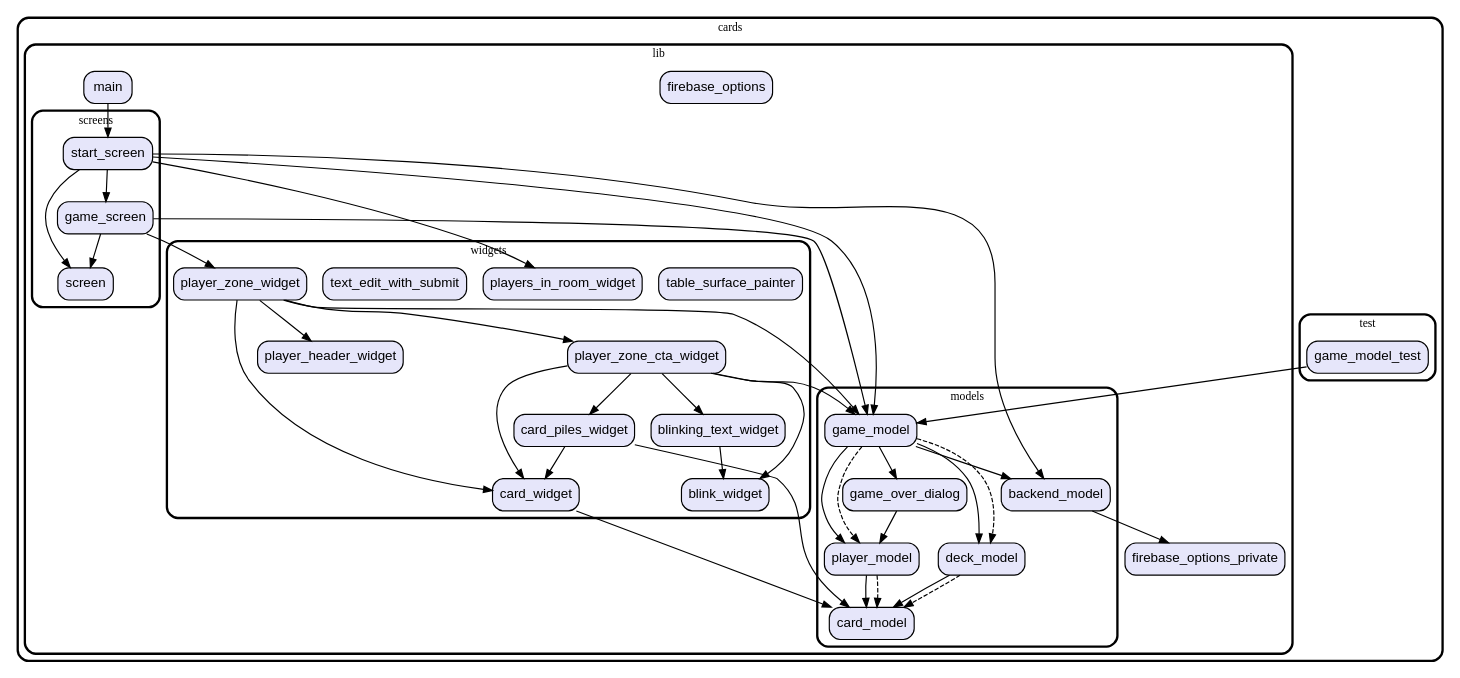
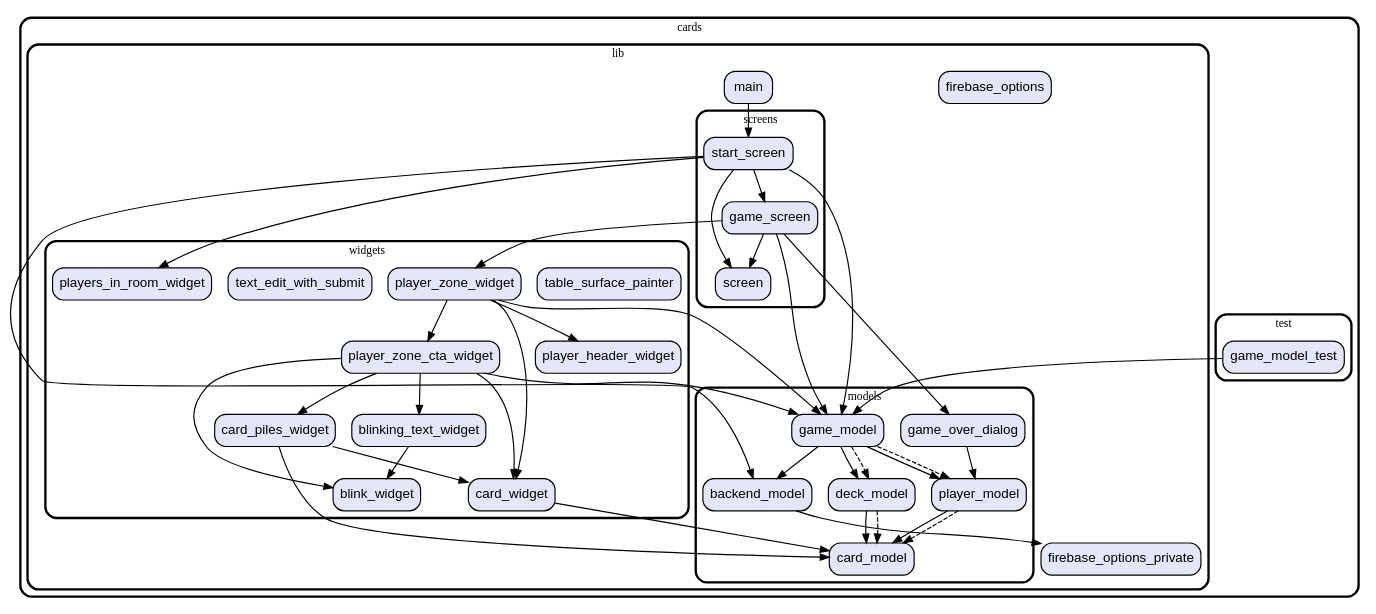
Before and after one commit to vteam-com/Cards: the diagram in graph.dot, drawn with Graphviz. The commit also changed 5 other files, not shown here.

```diff
--- a/graph.dot
+++ b/graph.dot
@@ -1,104 +1,104 @@
 digraph "" {
   graph [style=rounded fontname="Arial Black" fontsize=13 penwidth=2.6];
   node [shape=rect style="filled,rounded" fontname=Arial fontsize=15 fillcolor=Lavender penwidth=1.3];
   edge [penwidth=1.3];
   "/test/game_model_test.dart" [label="game_model_test"];
   "/lib/firebase_options_private.dart" [label="firebase_options_private"];
   "/lib/firebase_options.dart" [label="firebase_options"];
   "/lib/models/game_model.dart" [label="game_model"];
   "/lib/models/game_over_dialog.dart" [label="game_over_dialog"];
   "/lib/models/player_model.dart" [label="player_model"];
   "/lib/models/card_model.dart" [label="card_model"];
   "/lib/models/backend_model.dart" [label="backend_model"];
   "/lib/models/deck_model.dart" [label="deck_model"];
   "/lib/screens/game_screen.dart" [label="game_screen"];
   "/lib/screens/start_screen.dart" [label="start_screen"];
   "/lib/screens/screen.dart" [label="screen"];
   "/lib/main.dart" [label="main"];
   "/lib/widgets/player_zone_cta_widget.dart" [label="player_zone_cta_widget"];
   "/lib/widgets/table_surface_painter.dart" [label="table_surface_painter"];
   "/lib/widgets/card_widget.dart" [label="card_widget"];
   "/lib/widgets/player_header_widget.dart" [label="player_header_widget"];
   "/lib/widgets/players_in_room_widget.dart" [label="players_in_room_widget"];
   "/lib/widgets/text_edit_with_submit.dart" [label="text_edit_with_submit"];
   "/lib/widgets/player_zone_widget.dart" [label="player_zone_widget"];
   "/lib/widgets/card_piles_widget.dart" [label="card_piles_widget"];
   "/lib/widgets/blink_widget.dart" [label="blink_widget"];
   "/lib/widgets/blinking_text_widget.dart" [label="blinking_text_widget"];
   subgraph "cluster~" {
     label="cards";
     subgraph "cluster~/test" {
       label="test";
       "/test/game_model_test.dart";
     }
     subgraph "cluster~/lib" {
       label="lib";
       "/lib/firebase_options_private.dart";
       "/lib/firebase_options.dart";
       "/lib/main.dart";
       subgraph "cluster~/lib/models" {
         label="models";
         "/lib/models/game_model.dart";
         "/lib/models/game_over_dialog.dart";
         "/lib/models/player_model.dart";
         "/lib/models/card_model.dart";
         "/lib/models/backend_model.dart";
         "/lib/models/deck_model.dart";
       }
       subgraph "cluster~/lib/screens" {
         label="screens";
         "/lib/screens/game_screen.dart";
         "/lib/screens/start_screen.dart";
         "/lib/screens/screen.dart";
       }
       subgraph "cluster~/lib/widgets" {
         label="widgets";
         "/lib/widgets/player_zone_cta_widget.dart";
         "/lib/widgets/table_surface_painter.dart";
         "/lib/widgets/card_widget.dart";
         "/lib/widgets/player_header_widget.dart";
         "/lib/widgets/players_in_room_widget.dart";
         "/lib/widgets/text_edit_with_submit.dart";
         "/lib/widgets/player_zone_widget.dart";
         "/lib/widgets/card_piles_widget.dart";
         "/lib/widgets/blink_widget.dart";
         "/lib/widgets/blinking_text_widget.dart";
       }
     }
   }
   "/test/game_model_test.dart" -> "/lib/models/game_model.dart";
   "/lib/models/game_model.dart" -> "/lib/models/backend_model.dart";
   "/lib/models/game_model.dart" -> "/lib/models/deck_model.dart";
-  "/lib/models/game_model.dart" -> "/lib/models/game_over_dialog.dart";
   "/lib/models/game_model.dart" -> "/lib/models/player_model.dart";
   "/lib/models/game_model.dart" -> "/lib/models/deck_model.dart" [style=dashed];
   "/lib/models/game_model.dart" -> "/lib/models/player_model.dart" [style=dashed];
   "/lib/models/game_over_dialog.dart" -> "/lib/models/player_model.dart";
   "/lib/models/player_model.dart" -> "/lib/models/card_model.dart";
   "/lib/models/player_model.dart" -> "/lib/models/card_model.dart" [style=dashed];
   "/lib/models/backend_model.dart" -> "/lib/firebase_options_private.dart";
   "/lib/models/deck_model.dart" -> "/lib/models/card_model.dart";
   "/lib/models/deck_model.dart" -> "/lib/models/card_model.dart" [style=dashed];
   "/lib/screens/game_screen.dart" -> "/lib/models/game_model.dart";
+  "/lib/screens/game_screen.dart" -> "/lib/models/game_over_dialog.dart";
   "/lib/screens/game_screen.dart" -> "/lib/screens/screen.dart";
   "/lib/screens/game_screen.dart" -> "/lib/widgets/player_zone_widget.dart";
   "/lib/screens/start_screen.dart" -> "/lib/models/backend_model.dart";
   "/lib/screens/start_screen.dart" -> "/lib/models/game_model.dart";
   "/lib/screens/start_screen.dart" -> "/lib/screens/game_screen.dart";
   "/lib/screens/start_screen.dart" -> "/lib/screens/screen.dart";
   "/lib/screens/start_screen.dart" -> "/lib/widgets/players_in_room_widget.dart";
   "/lib/main.dart" -> "/lib/screens/start_screen.dart";
   "/lib/widgets/player_zone_cta_widget.dart" -> "/lib/models/game_model.dart";
   "/lib/widgets/player_zone_cta_widget.dart" -> "/lib/widgets/blink_widget.dart";
   "/lib/widgets/player_zone_cta_widget.dart" -> "/lib/widgets/blinking_text_widget.dart";
   "/lib/widgets/player_zone_cta_widget.dart" -> "/lib/widgets/card_piles_widget.dart";
   "/lib/widgets/player_zone_cta_widget.dart" -> "/lib/widgets/card_widget.dart";
   "/lib/widgets/card_widget.dart" -> "/lib/models/card_model.dart";
   "/lib/widgets/player_zone_widget.dart" -> "/lib/models/game_model.dart";
   "/lib/widgets/player_zone_widget.dart" -> "/lib/widgets/card_widget.dart";
   "/lib/widgets/player_zone_widget.dart" -> "/lib/widgets/player_header_widget.dart";
   "/lib/widgets/player_zone_widget.dart" -> "/lib/widgets/player_zone_cta_widget.dart";
   "/lib/widgets/card_piles_widget.dart" -> "/lib/models/card_model.dart";
   "/lib/widgets/card_piles_widget.dart" -> "/lib/widgets/card_widget.dart";
   "/lib/widgets/blinking_text_widget.dart" -> "/lib/widgets/blink_widget.dart";
 }
```
